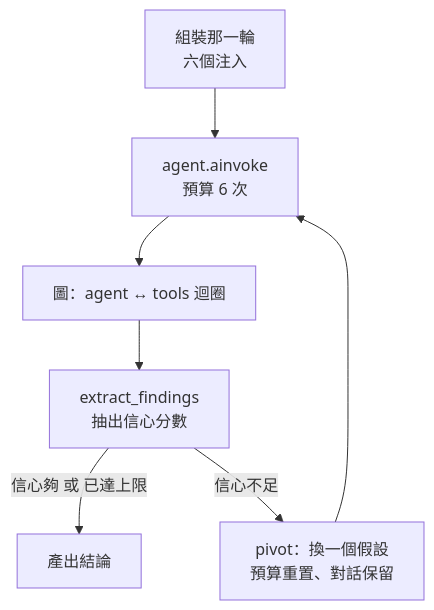
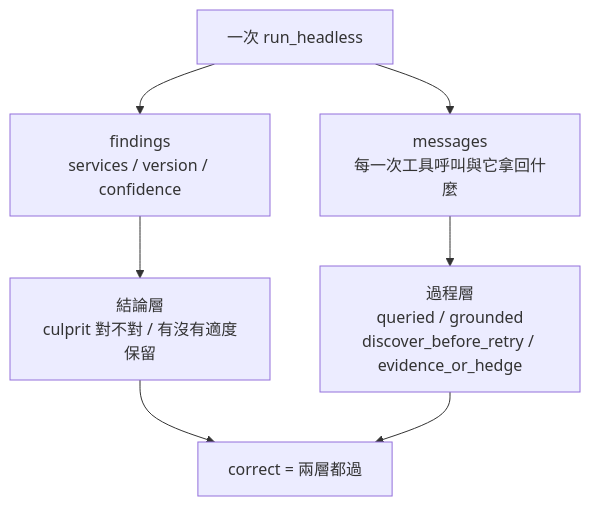
One commit to tedmax100/o11y-bench changed the second of 3 diagrams in weaver-demo/ironman-2026/day21.md. Above: the diagram before and after it, drawn with Mermaid. The commit also changed other lines of this file and 81 other files, not shown here.

````diff
--- a/weaver-demo/ironman-2026/day21.md
+++ b/weaver-demo/ironman-2026/day21.md
@@ -309,9 +158,9 @@
 ```mermaid
 flowchart TB
-    T["組裝那一輪<br/>六個注入"] --> IN["agent.ainvoke<br/>預算 6 次"]
-    IN --> GR["圖：agent ↔ tools 迴圈"]
-    GR --> EF["extract_findings<br/>抽出信心分數"]
-    EF -->|"信心夠 或 已達上限"| DONE["產出結論"]
-    EF -->|"信心不足"| PV["pivot：換一個假設<br/>預算重置、對話保留"]
-    PV --> IN
+    R["一次 run_headless"] --> F["findings<br/>services / version / confidence"]
+    R --> T["messages<br/>每一次工具呼叫與它拿回什麼"]
+    F --> V["結論層<br/>culprit 對不對 / 有沒有適度保留"]
+    T --> P["過程層<br/>queried / grounded<br/>discover_before_retry / evidence_or_hedge"]
+    V --> S["correct = 兩層都過"]
+    P --> S
 ```
````
